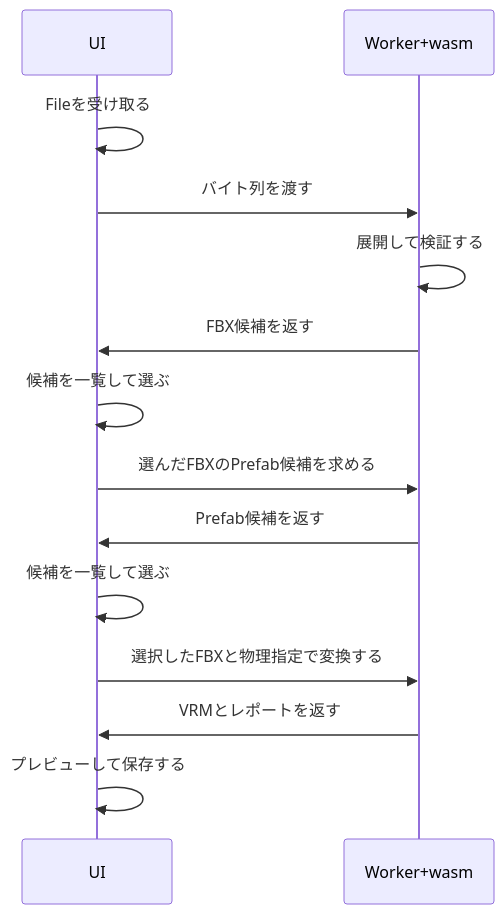
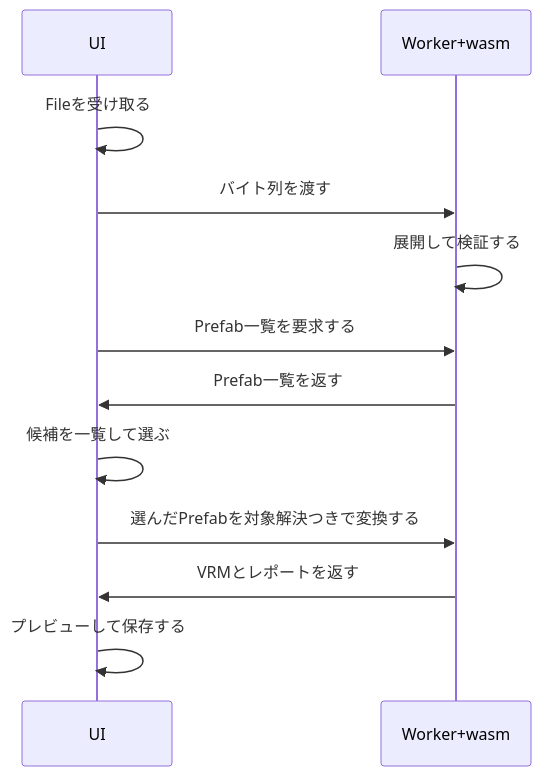
Before and after one commit to halby24/vrctom: the second of 2 diagrams in design/Webアプリ.md, drawn with Mermaid. The commit also changed other lines of this file and 22 other files, not shown here.

````diff
--- a/design/Webアプリ.md
+++ b/design/Webアプリ.md
@@ -32,16 +34,14 @@
 ```mermaid
 sequenceDiagram
     participant U as UI
     participant W as Worker+wasm
     U->>U: Fileを受け取る
     U->>W: バイト列を渡す
     W->>W: 展開して検証する
-    W->>U: FBX候補を返す
+    U->>W: Prefab一覧を要求する
+    W->>U: Prefab一覧を返す
     U->>U: 候補を一覧して選ぶ
-    U->>W: 選んだFBXのPrefab候補を求める
-    W->>U: Prefab候補を返す
-    U->>U: 候補を一覧して選ぶ
-    U->>W: 選択したFBXと物理指定で変換する
+    U->>W: 選んだPrefabを対象解決つきで変換する
     W->>U: VRMとレポートを返す
     U->>U: プレビューして保存する
 ```
````
